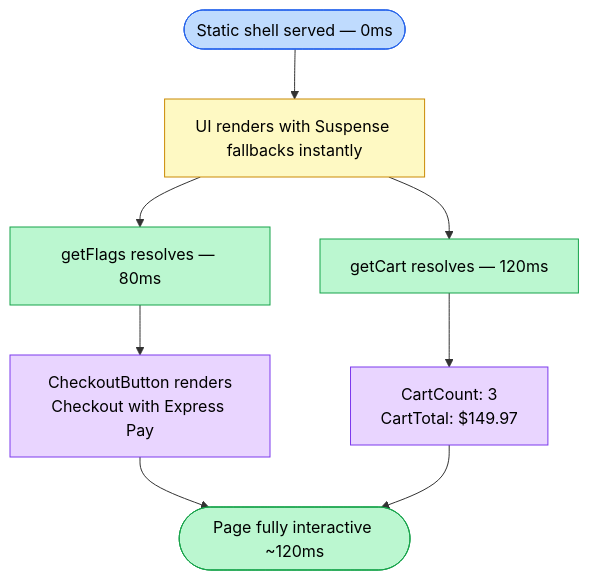
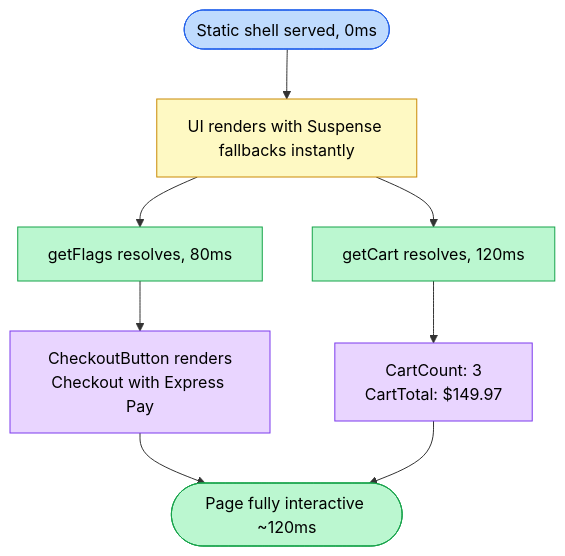
Before and after one commit to joyco-studio/hub: the fourth of 7 diagrams in content/logs/07-nextjs-promises-ppr.mdx, drawn with Mermaid. The commit also changed other lines of this file, not shown here.

````diff
--- a/content/logs/07-nextjs-promises-ppr.mdx
+++ b/content/logs/07-nextjs-promises-ppr.mdx
@@ -366,20 +366,20 @@
 ```mermaid
 flowchart TD
-    A(["Static shell served — 0ms"]) --> S["UI renders with Suspense fallbacks instantly"]
-    S --> B["getFlags resolves — 80ms"]
-    S --> C["getCart resolves — 120ms"]
+    A(["Static shell served, 0ms"]) --> S["UI renders with Suspense fallbacks instantly"]
+    S --> B["getFlags resolves, 80ms"]
+    S --> C["getCart resolves, 120ms"]
 
     B --> D["CheckoutButton renders<br/>Checkout with Express Pay"]
     C --> E["CartCount: 3<br/>CartTotal: $149.97"]
 
     D --> F(["Page fully interactive ~120ms"])
     E --> F
 
     style A fill:#bfdbfe,stroke:#2563eb,color:#000
     style S fill:#fef9c3,stroke:#ca8a04,color:#000
     style B fill:#bbf7d0,stroke:#16a34a,color:#000
     style C fill:#bbf7d0,stroke:#16a34a,color:#000
     style D fill:#e9d5ff,stroke:#7c3aed,color:#000
     style E fill:#e9d5ff,stroke:#7c3aed,color:#000
     style F fill:#bbf7d0,stroke:#16a34a,color:#000
 ```
````
